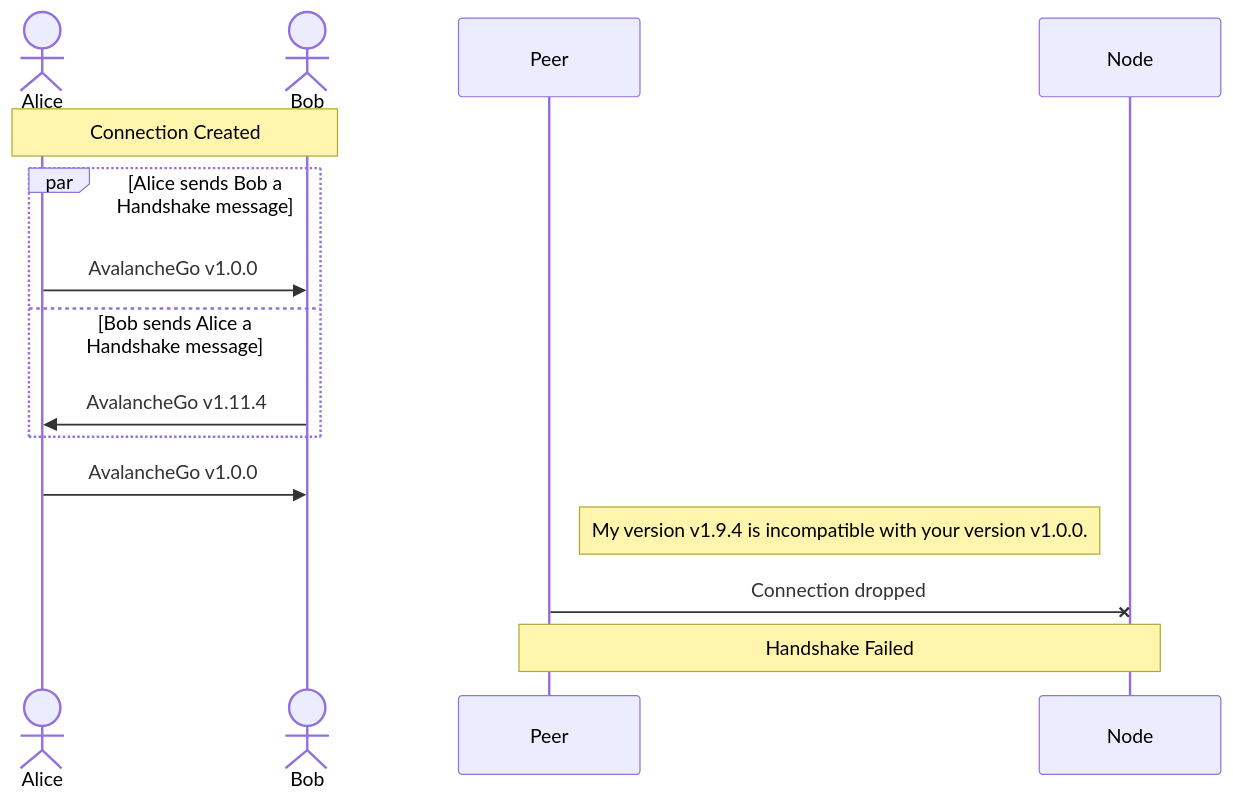
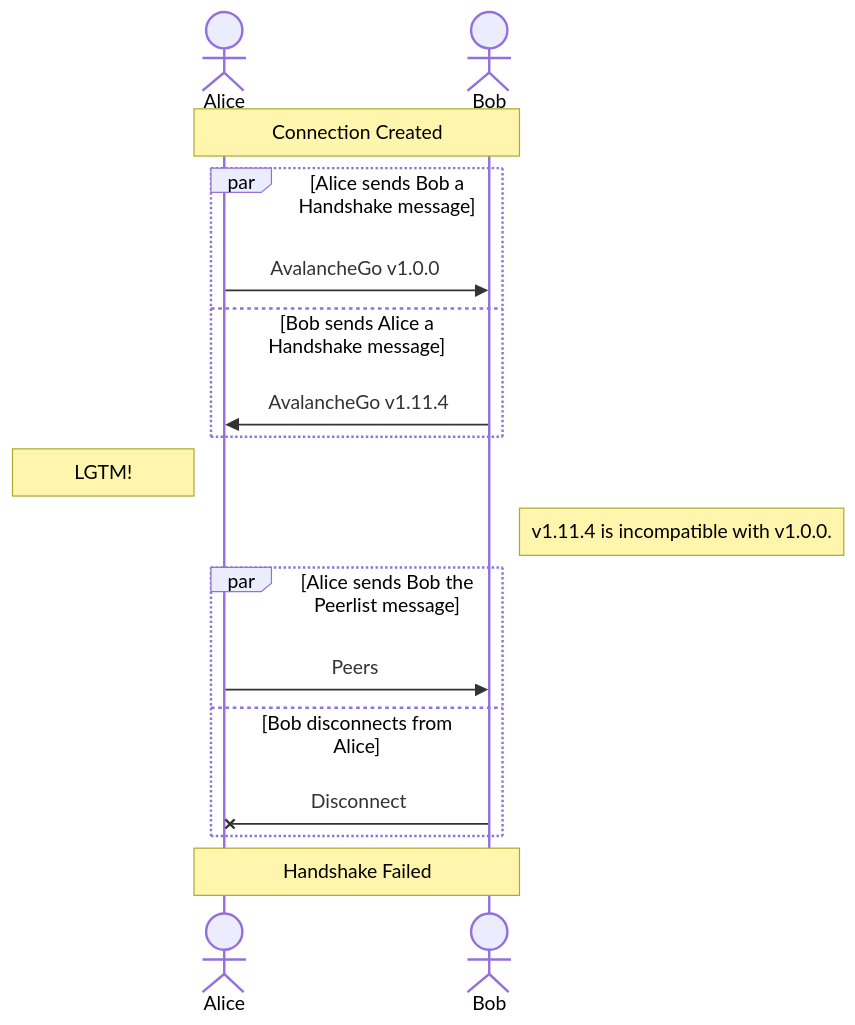
Before and after one commit to ava-labs/avalanchego: the second of 7 diagrams in network/README.md, drawn with Mermaid.

````diff
--- a/network/README.md
+++ b/network/README.md
@@ -52,15 +52,19 @@
 ```mermaid
 sequenceDiagram
     actor Alice
     actor Bob
     Note over Alice,Bob: Connection Created
     par Alice sends Bob a Handshake message
         Alice->>Bob: AvalancheGo v1.0.0
     and Bob sends Alice a Handshake message
         Bob->>Alice: AvalancheGo v1.11.4
     end
-Alice->>Bob: AvalancheGo v1.0.0
-Note right of Peer: My version v1.9.4 is incompatible with your version v1.0.0.
-Peer-xNode: Connection dropped
-Note over Node,Peer: Handshake Failed
+    Note left of Alice: LGTM!
+    Note right of Bob: v1.11.4 is incompatible with v1.0.0.
+    par Alice sends Bob the Peerlist message
+        Alice->>Bob: Peers
+    and Bob disconnects from Alice
+        Bob-xAlice: Disconnect
+    end
+    Note over Alice,Bob: Handshake Failed
 ```
````
